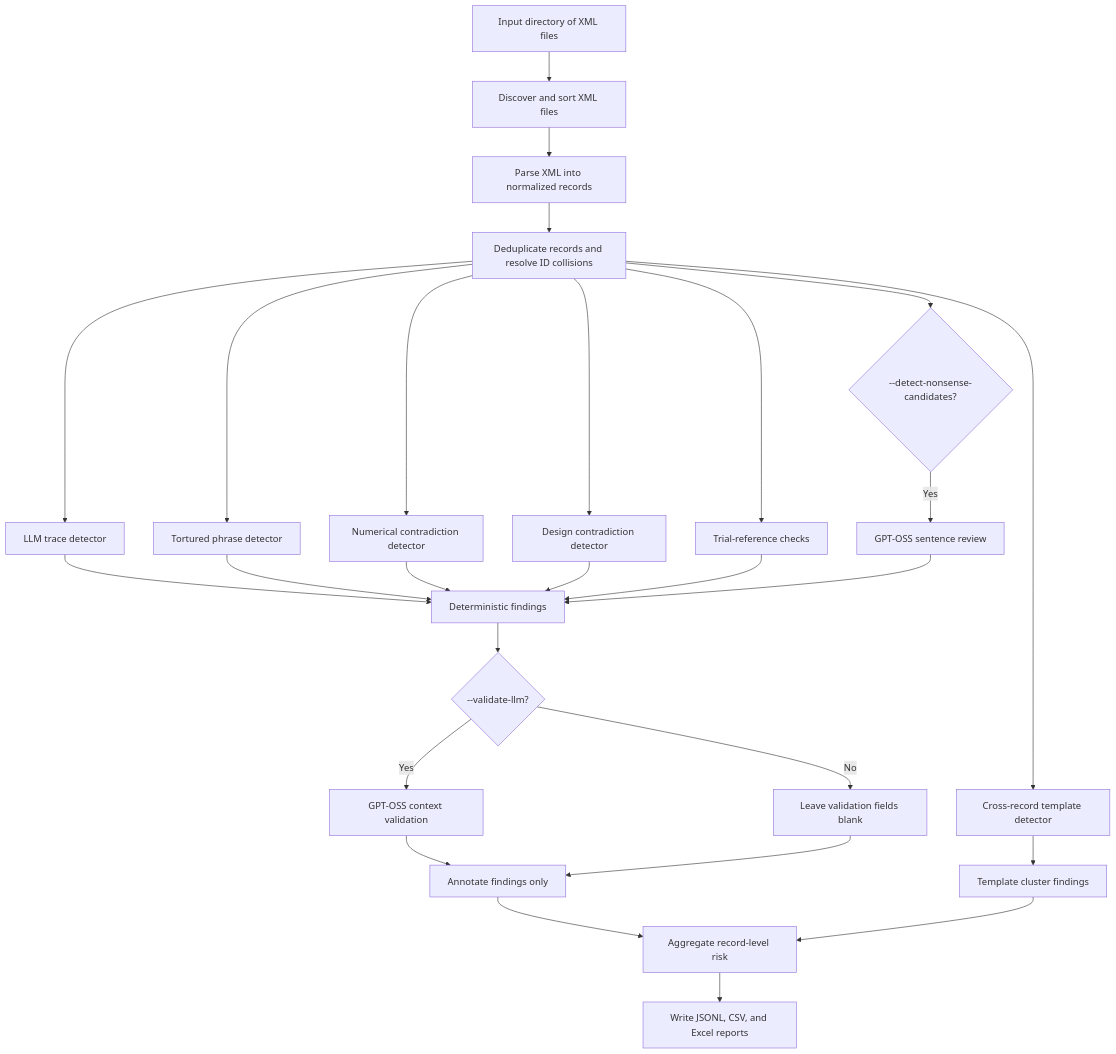
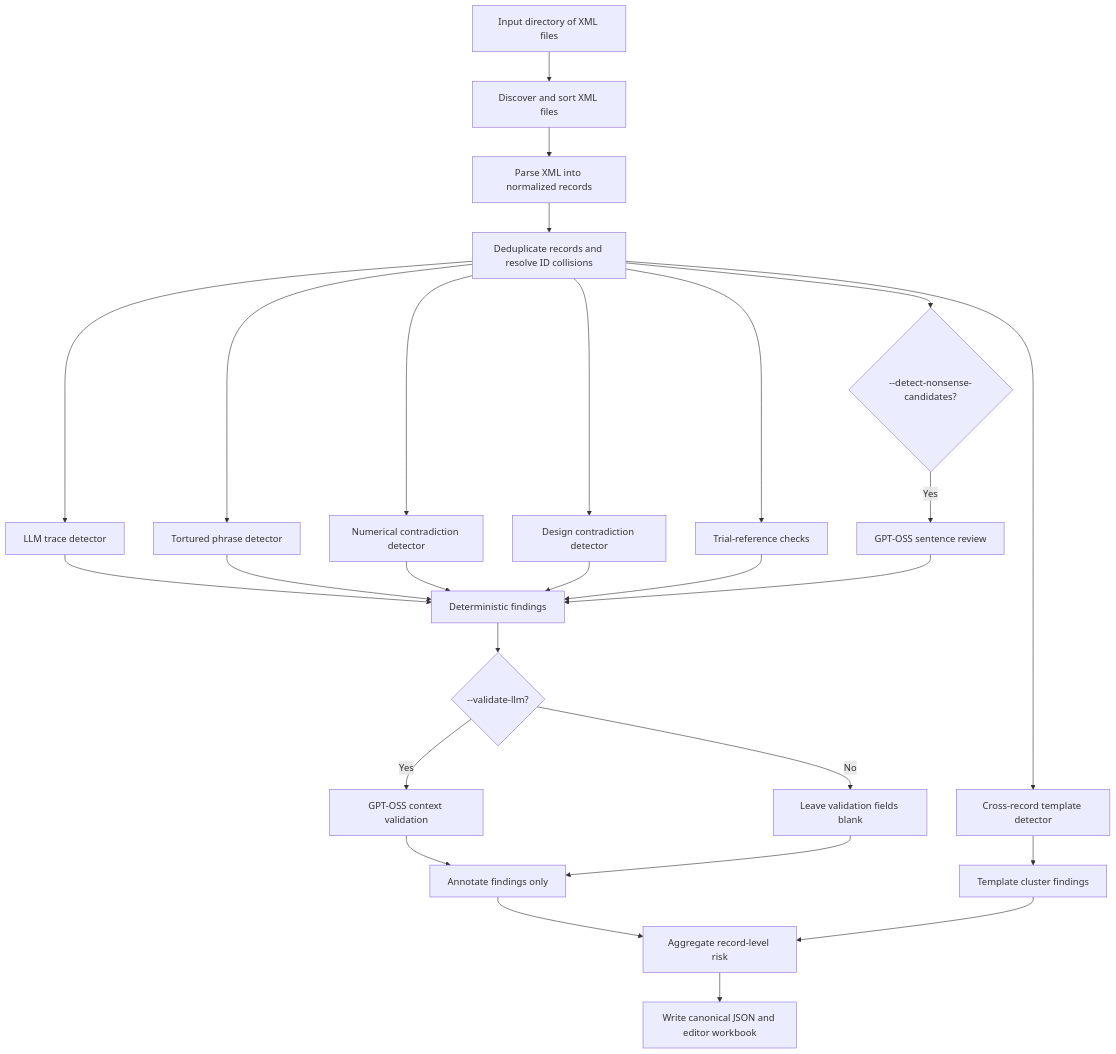
The diagram in docs/pipeline_workflow.md (pavan-182/content_integrity_checks), drawn with Mermaid before and after one commit. The commit also changed other lines of this file and 17 other files, not shown here.

Commit message:
• fix: merge content integrity schema and hide nonsense/high-confidence flags

````diff
--- a/docs/pipeline_workflow.md
+++ b/docs/pipeline_workflow.md
@@ -24,29 +24,29 @@
 ```mermaid
 flowchart TD
     A[Input directory of XML files] --> B[Discover and sort XML files]
     B --> C[Parse XML into normalized records]
     C --> D[Deduplicate records and resolve ID collisions]
     D --> E1[LLM trace detector]
     D --> E2[Tortured phrase detector]
     D --> E3[Cross-record template detector]
     D --> E4{--detect-nonsense-candidates?}
     D --> E5[Numerical contradiction detector]
     D --> E6[Design contradiction detector]
     D --> E7[Trial-reference checks]
     E1 --> F[Deterministic findings]
     E2 --> F
     E5 --> F
     E6 --> F
     E7 --> F
     E4 -- Yes --> N[GPT-OSS sentence review]
     N --> F
     F --> G{--validate-llm?}
     G -- Yes --> H[GPT-OSS context validation]
     G -- No --> I[Leave validation fields blank]
     H --> J[Annotate findings only]
     I --> J
     E3 --> K[Template cluster findings]
     J --> L[Aggregate record-level risk]
     K --> L
-    L --> M[Write JSONL, CSV, and Excel reports]
+    L --> M[Write canonical JSON and editor workbook]
 ```
````
